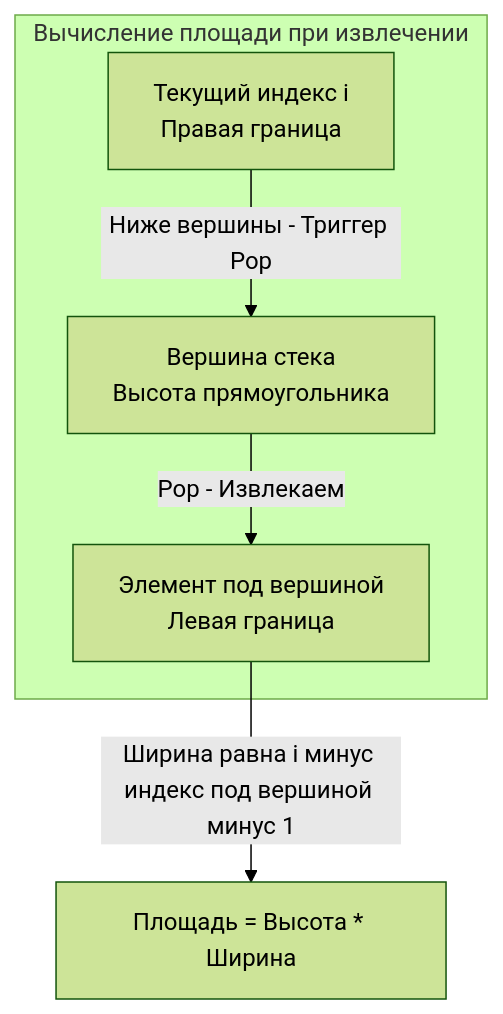
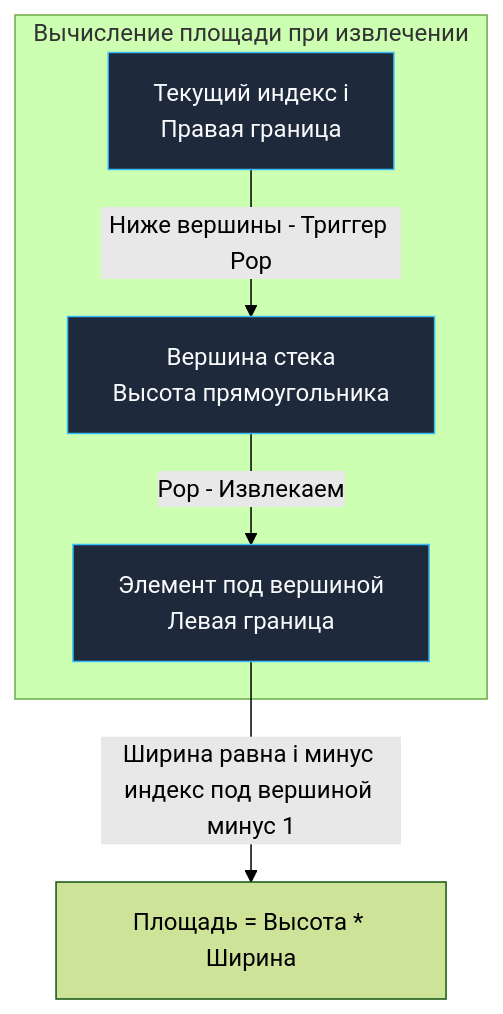
Before and after one commit to UnrealTemplier/go-textbook: the diagram in sources/21. Задачи с LeetCode и собеседований на Go/02. Задачи/06. Стек/7. Largest Rectangle in Histogram.md, drawn with Mermaid (forest theme). The commit also changed 1666 other files, not shown here.

First line of the commit message:
feat(mermaid): add semantic color classDef to 1369 colorless flowchart/graph diagrams

````diff
--- a/sources/21. Задачи с LeetCode и собеседований на Go/02. Задачи/06. Стек/7. Largest Rectangle in Histogram.md
+++ b/sources/21. Задачи с LeetCode и собеседований на Go/02. Задачи/06. Стек/7. Largest Rectangle in Histogram.md
@@ -27,12 +27,22 @@
 ```mermaid
 flowchart TD
+    classDef process  fill:#1e293b,stroke:#38bdf8,stroke-width:1px,color:#f8fafc
+    classDef success  fill:#064e3b,stroke:#34d399,stroke-width:1px,color:#f8fafc
+    classDef error    fill:#7f1d1d,stroke:#f87171,stroke-width:1px,color:#f8fafc
+    classDef warning  fill:#78350f,stroke:#fbbf24,stroke-width:1px,color:#f8fafc
+    classDef entry    fill:#1e3a5f,stroke:#38bdf8,stroke-width:2px,color:#f8fafc
+    classDef aux      fill:#334155,stroke:#64748b,stroke-width:1px,color:#f8fafc
+    classDef system   fill:#312e81,stroke:#a78bfa,stroke-width:1px,color:#f8fafc
+    classDef data     fill:#132d29,stroke:#2dd4bf,stroke-width:1px,color:#f8fafc
+    classDef network  fill:#881337,stroke:#fb7185,stroke-width:1px,color:#f8fafc
+    classDef accent   fill:#1e1b4b,stroke:#818cf8,stroke-width:1px,color:#f8fafc
     subgraph Вычисление площади при извлечении
-        NewBar["Текущий индекс i<br>Правая граница"]
-        TopBar["Вершина стека<br>Высота прямоугольника"]
-        UnderTop["Элемент под вершиной<br>Левая граница"]
+        NewBar["Текущий индекс i<br>Правая граница"]:::process
+        TopBar["Вершина стека<br>Высота прямоугольника"]:::process
+        UnderTop["Элемент под вершиной<br>Левая граница"]:::process
     end
 
     NewBar -->|"Ниже вершины - Триггер Pop"| TopBar
     TopBar -->|"Pop - Извлекаем"| UnderTop
     UnderTop -->|"Ширина равна i минус индекс под вершиной минус 1"| Calc["Площадь = Высота * Ширина"]
 ```
````
